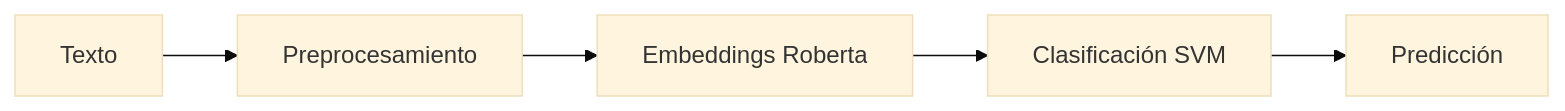
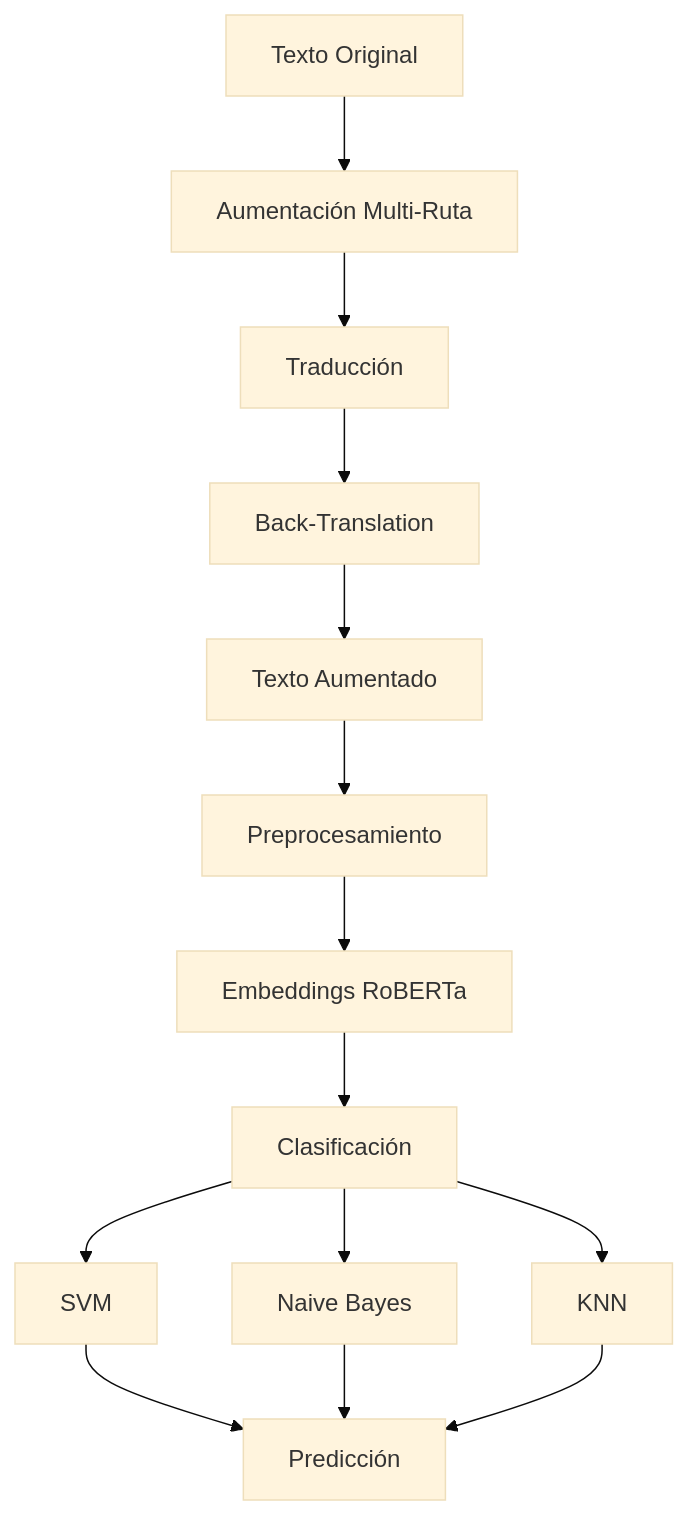
Before and after one commit to AsperSTS/simple_sentiment_analyzer_model: the diagram in README.md, drawn with Mermaid (base theme). The commit also changed other lines of this file and 10 other files, not shown here.

````diff
--- a/README.md
+++ b/README.md
@@ -6,7 +6,17 @@
 ```mermaid
-graph LR
-    A[Texto] --> B[Preprocesamiento]
-    B --> C[Embeddings Roberta]
-    C --> D[Clasificación SVM]
-    D --> E[Predicción]
+graph TD
+    A[Texto Original] --> B[Aumentación Multi-Ruta]
+    B --> C[Traducción]
+    C --> D[Back-Translation]
+    D --> E[Texto Aumentado]
+    
+    E --> F[Preprocesamiento]
+    F --> G[Embeddings RoBERTa]
+    G --> H[Clasificación]
+    H --> I[SVM]
+    H --> J[Naive Bayes]
+    H --> K[KNN]
+    I --> L[Predicción]
+    J --> L
+    K --> L
 ```
````
